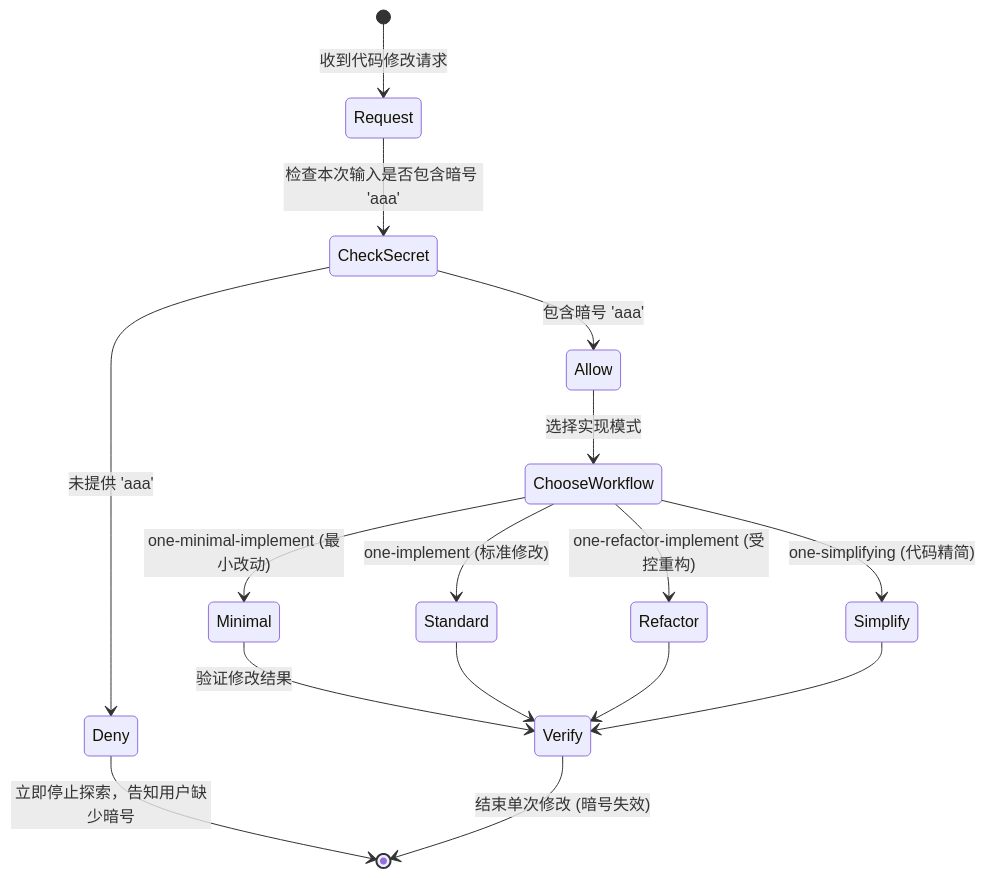
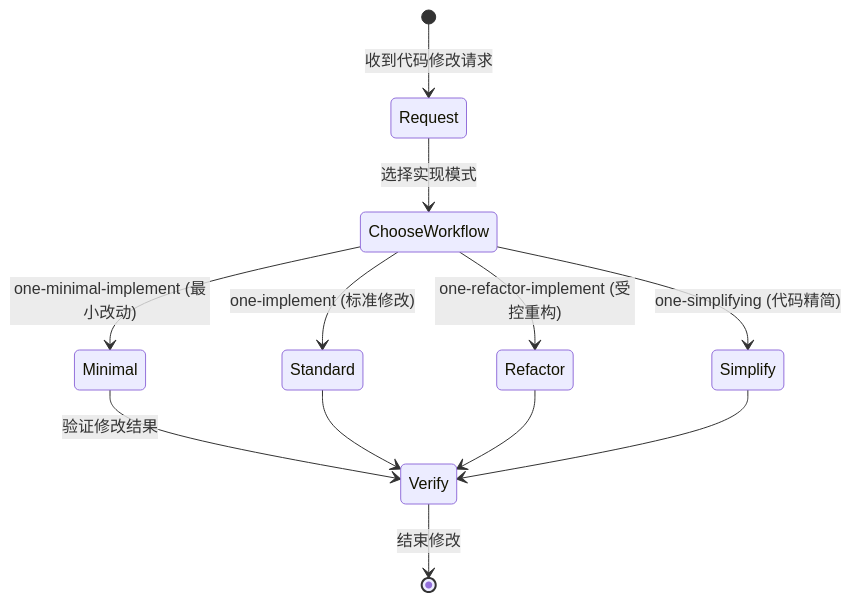
The diagram in onewiki/workflows/implementation-workflows.md (wupengbo125/one-skills), drawn with Mermaid before and after one commit. The commit also changed other lines of this file and 7 other files, not shown here.

````diff
--- a/onewiki/workflows/implementation-workflows.md
+++ b/onewiki/workflows/implementation-workflows.md
@@ -20,20 +20,15 @@
 ```mermaid
 stateDiagram-v2
     [*] --> Request: 收到代码修改请求
-    Request --> CheckSecret: 检查本次输入是否包含暗号 'aaa'
-    CheckSecret --> Deny: 未提供 'aaa'
-    Deny --> [*]: 立即停止探索，告知用户缺少暗号
-    
-    CheckSecret --> Allow: 包含暗号 'aaa'
-    Allow --> ChooseWorkflow: 选择实现模式
+    Request --> ChooseWorkflow: 选择实现模式
     ChooseWorkflow --> Minimal: one-minimal-implement (最小改动)
     ChooseWorkflow --> Standard: one-implement (标准修改)
     ChooseWorkflow --> Refactor: one-refactor-implement (受控重构)
     ChooseWorkflow --> Simplify: one-simplifying (代码精简)
     
     Minimal --> Verify: 验证修改结果
     Standard --> Verify
     Refactor --> Verify
     Simplify --> Verify
-    Verify --> [*]: 结束单次修改 (暗号失效)
+    Verify --> [*]: 结束修改
 ```
````
